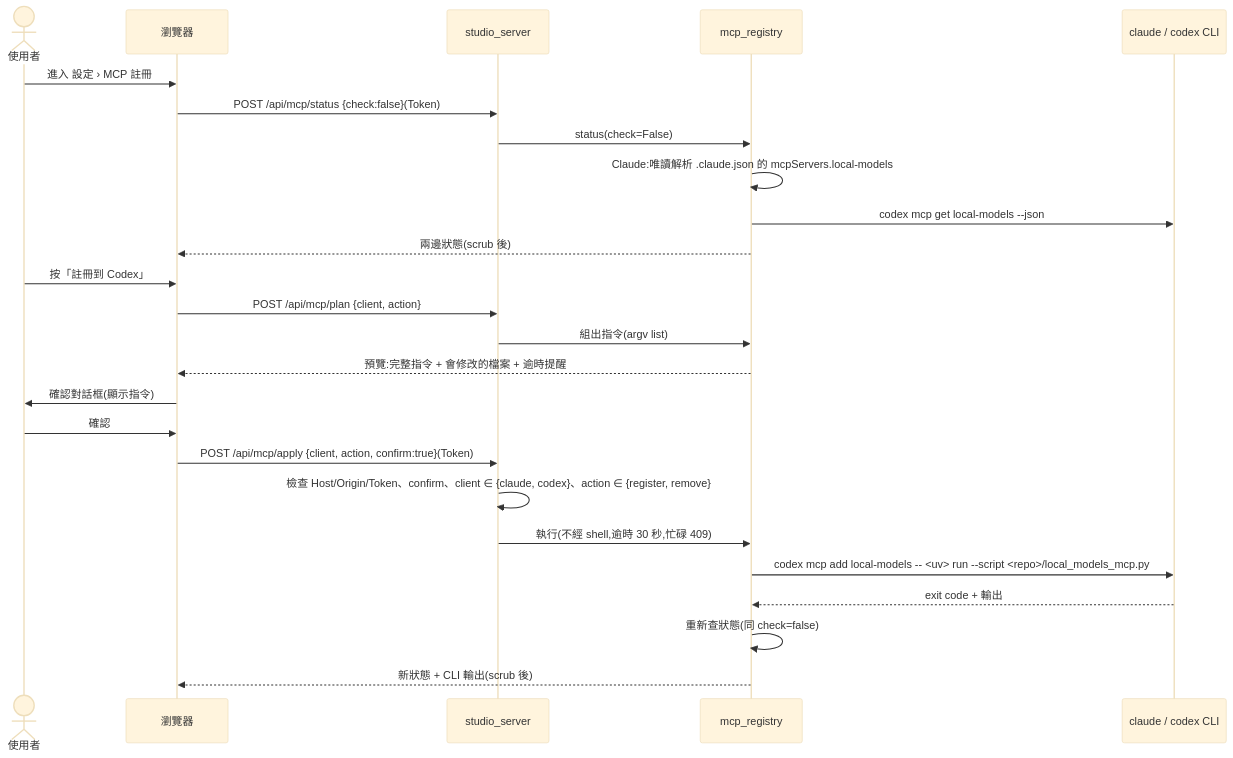
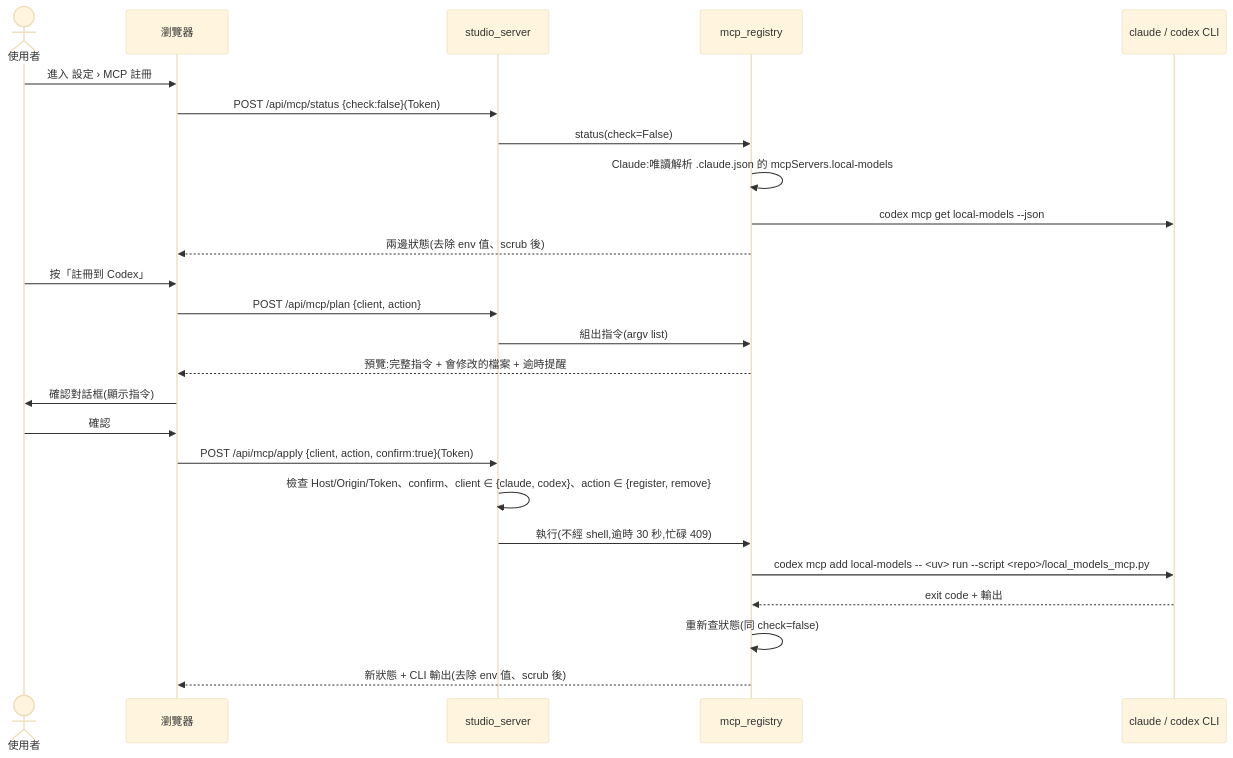
One commit to kamira/podcast-studio changed the second of 3 diagrams in docs/changes/CHG-20261022-02.md. Above: the diagram before and after it, drawn with Mermaid (base theme). The commit also changed other lines of this file, not shown here.

Commit message:
CHG-20261022-02: 草案修正——依統整修法 F-1~F-3(env 值不送瀏覽器、新增 D17 重新檢查限 registered、對外連線停下條件)

````diff
--- a/docs/changes/CHG-20261022-02.md
+++ b/docs/changes/CHG-20261022-02.md
@@ -90,28 +91,28 @@
 ```mermaid
 sequenceDiagram
   actor U as 使用者
   participant B as 瀏覽器
   participant S as studio_server
   participant M as mcp_registry
   participant C as claude / codex CLI
 
   U->>B: 進入 設定 › MCP 註冊
   B->>S: POST /api/mcp/status {check:false}(Token)
   S->>M: status(check=False)
   M->>M: Claude:唯讀解析 .claude.json 的 mcpServers.local-models
   M->>C: codex mcp get local-models --json
-  M-->>B: 兩邊狀態(scrub 後)
+  M-->>B: 兩邊狀態(去除 env 值、scrub 後)
   U->>B: 按「註冊到 Codex」
   B->>S: POST /api/mcp/plan {client, action}
   S->>M: 組出指令(argv list)
   M-->>B: 預覽:完整指令 + 會修改的檔案 + 逾時提醒
   B->>U: 確認對話框(顯示指令)
   U->>B: 確認
   B->>S: POST /api/mcp/apply {client, action, confirm:true}(Token)
   S->>S: 檢查 Host/Origin/Token、confirm、client ∈ {claude, codex}、action ∈ {register, remove}
   S->>M: 執行(不經 shell,逾時 30 秒,忙碌 409)
   M->>C: codex mcp add local-models -- <uv> run --script <repo>/local_models_mcp.py
   C-->>M: exit code + 輸出
   M->>M: 重新查狀態(同 check=false)
-  M-->>B: 新狀態 + CLI 輸出(scrub 後)
+  M-->>B: 新狀態 + CLI 輸出(去除 env 值、scrub 後)
 ```
````
